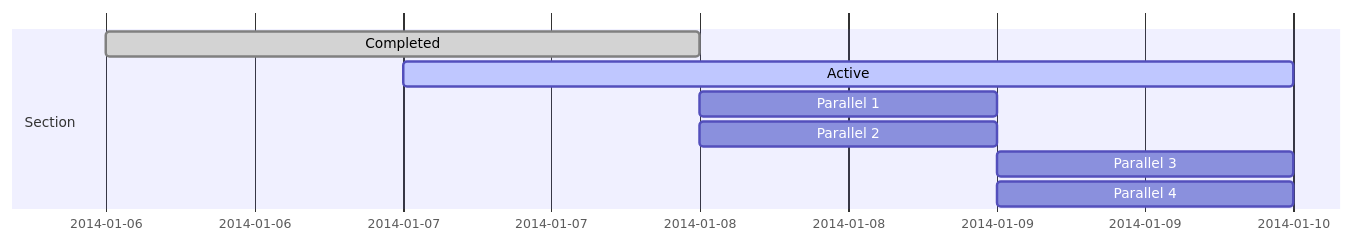
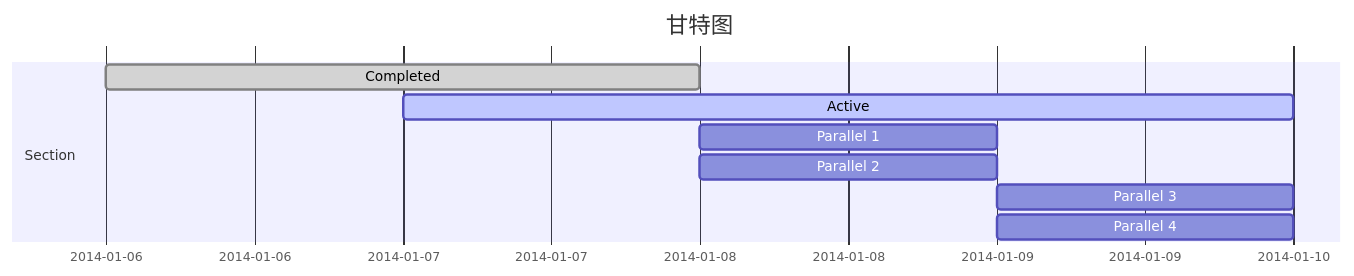
Before and after one commit to acc8226/acc8226-tech-blog: the fourth of 9 diagrams in source/_posts/zh-CN/2 负责领域/我的创作/mermaid 图的测试.md, drawn with Mermaid. The commit also changed other lines of this file and 10 other files, not shown here.

````diff
--- a/source/_posts/zh-CN/2 负责领域/我的创作/mermaid 图的测试.md
+++ b/source/_posts/zh-CN/2 负责领域/我的创作/mermaid 图的测试.md
@@ -30,12 +76,14 @@
 ```mermaid
+---
+title: 甘特图
+---
 gantt
-
 dateFormat  YYYY-MM-DD
 section Section
 Completed :done,    des1, 2014-01-06,2014-01-08
 Active        :active,  des2, 2014-01-07, 3d
 Parallel 1   :         des3, after des1, 1d
 Parallel 2   :         des4, after des1, 1d
 Parallel 3   :         des5, after des3, 1d
 Parallel 4   :         des6, after des4, 1d
 ```
````
